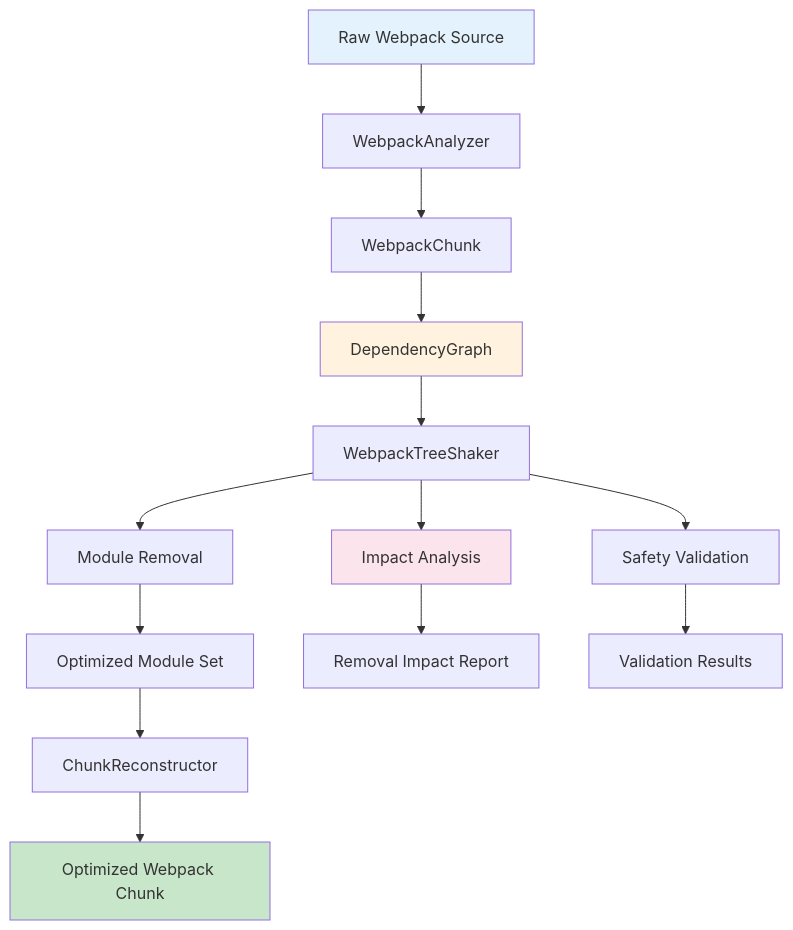
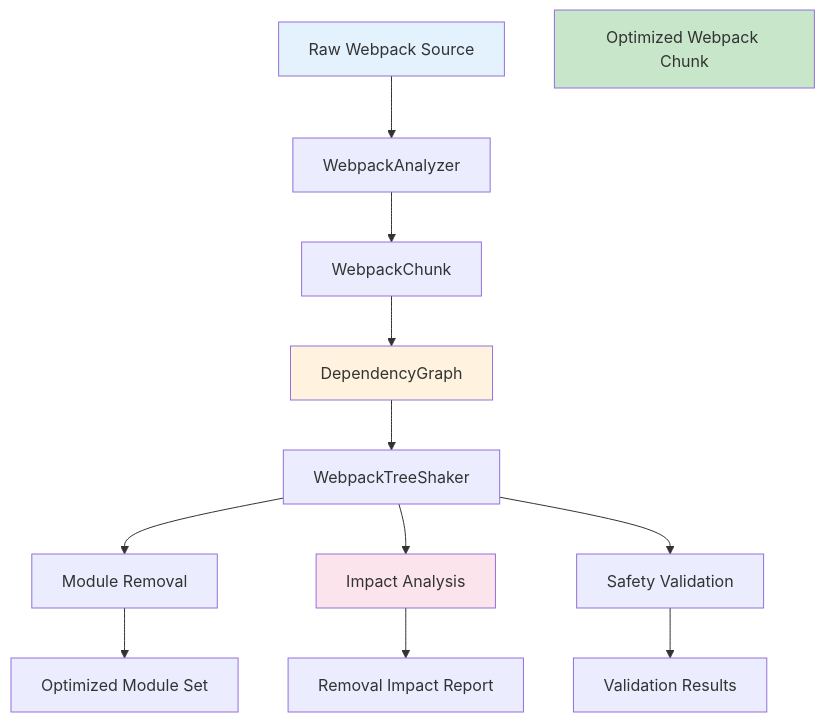
One commit to ScriptedAlchemy/swc_macro_sys changed diagram 11 of 15 in crates/webpack_chunk_tree_shaker/TECHNICAL_GUIDE.md. Above: the diagram before and after it, drawn with Mermaid. The commit also changed other lines of this file and 85 other files, not shown here.

````diff
--- a/crates/webpack_chunk_tree_shaker/TECHNICAL_GUIDE.md
+++ b/crates/webpack_chunk_tree_shaker/TECHNICAL_GUIDE.md
@@ -432,23 +418,21 @@
 ```mermaid
 graph TB
     A[Raw Webpack Source] --> B[WebpackAnalyzer]
     B --> C[WebpackChunk]
     C --> D[DependencyGraph]
     D --> E[WebpackTreeShaker]
     
     E --> F[Module Removal]
     E --> G[Impact Analysis]
     E --> H[Safety Validation]
     
     F --> I[Optimized Module Set]
     G --> J[Removal Impact Report]
     H --> K[Validation Results]
-    
-    I --> L[ChunkReconstructor]
-    L --> M[Optimized Webpack Chunk]
+    M[Optimized Webpack Chunk]
     
     style A fill:#e3f2fd
     style M fill:#c8e6c9
     style D fill:#fff3e0
     style G fill:#fce4ec
 ```
````
